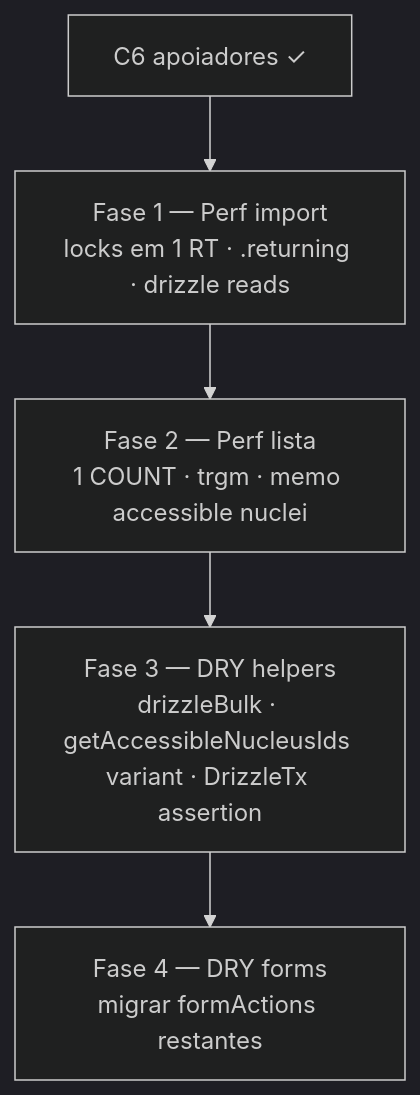
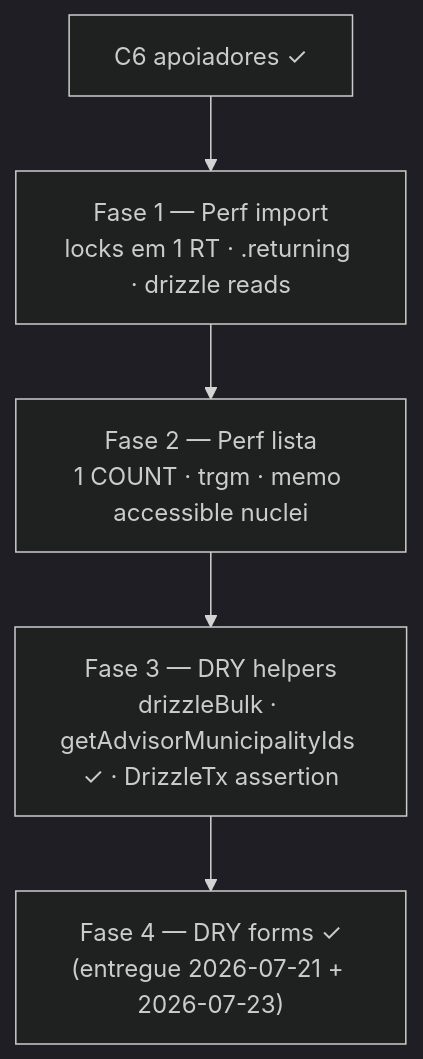
One commit to fsolla/teqo changed the diagram in docs/plans/escala-dry-pos-c6.md. Above: the diagram before and after it, drawn with Mermaid (dark theme). The commit also changed other lines of this file and 41 other files, not shown here.

````diff
--- a/docs/plans/escala-dry-pos-c6.md
+++ b/docs/plans/escala-dry-pos-c6.md
@@ -46,12 +48,12 @@
 ```mermaid
 flowchart TD
     F1["Fase 1 — Perf import<br/>locks em 1 RT · .returning · drizzle reads"]
     F2["Fase 2 — Perf lista<br/>1 COUNT · trgm · memo accessible nuclei"]
-    F3["Fase 3 — DRY helpers<br/>drizzleBulk · getAccessibleNucleusIds variant · DrizzleTx assertion"]
-    F4["Fase 4 — DRY forms<br/>migrar formActions restantes"]
+    F3["Fase 3 — DRY helpers<br/>drizzleBulk · getAdvisorMunicipalityIds ✓ · DrizzleTx assertion"]
+    F4["Fase 4 — DRY forms ✓<br/>(entregue 2026-07-21 + 2026-07-23)"]
 
     C6["C6 apoiadores ✓"] --> F1
     F1 --> F2
     F2 --> F3
     F3 --> F4
 ```
````
